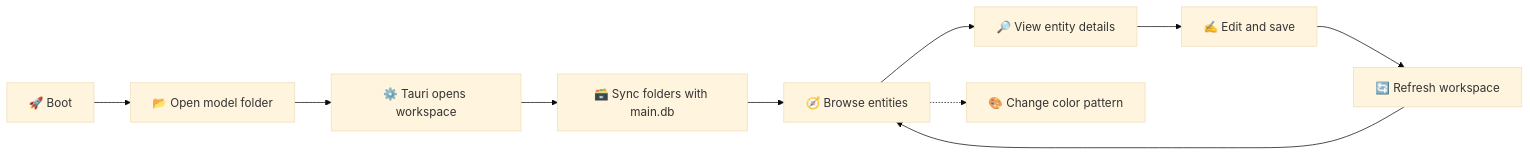
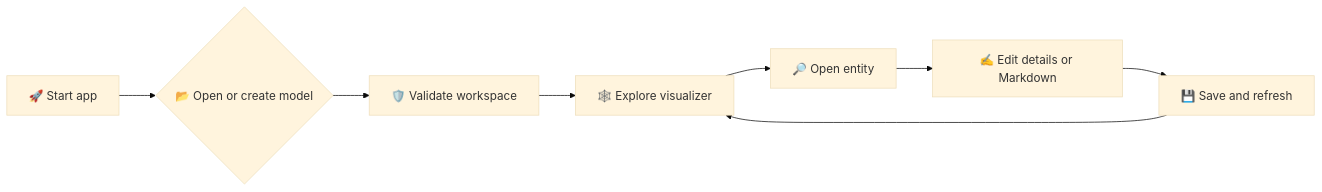
The diagram in README.md (HibiyaHaraki/hasm), drawn with Mermaid (base theme) before and after one commit. The commit also changed other lines of this file, not shown here.

````diff
--- a/README.md
+++ b/README.md
@@ -26,12 +50,10 @@
 ```mermaid
 flowchart LR
-	A[🚀 Boot] --> B[📂 Open model folder]
-	B --> C[⚙️ Tauri opens workspace]
-	C --> D[🗃️ Sync folders with main.db]
-	D --> E[🧭 Browse entities]
-	E --> F[🔎 View entity details]
-	F --> G[✍️ Edit and save]
-	G --> H[🔄 Refresh workspace]
-	H --> E
-	E -.-> I[🎨 Change color pattern]
+    A[🚀 Start app] --> B{📂 Open or create model}
+    B --> C[🛡️ Validate workspace]
+    C --> D[🕸️ Explore visualizer]
+    D --> E[🔎 Open entity]
+    E --> F[✍️ Edit details or Markdown]
+    F --> G[💾 Save and refresh]
+    G --> D
 ```
````
